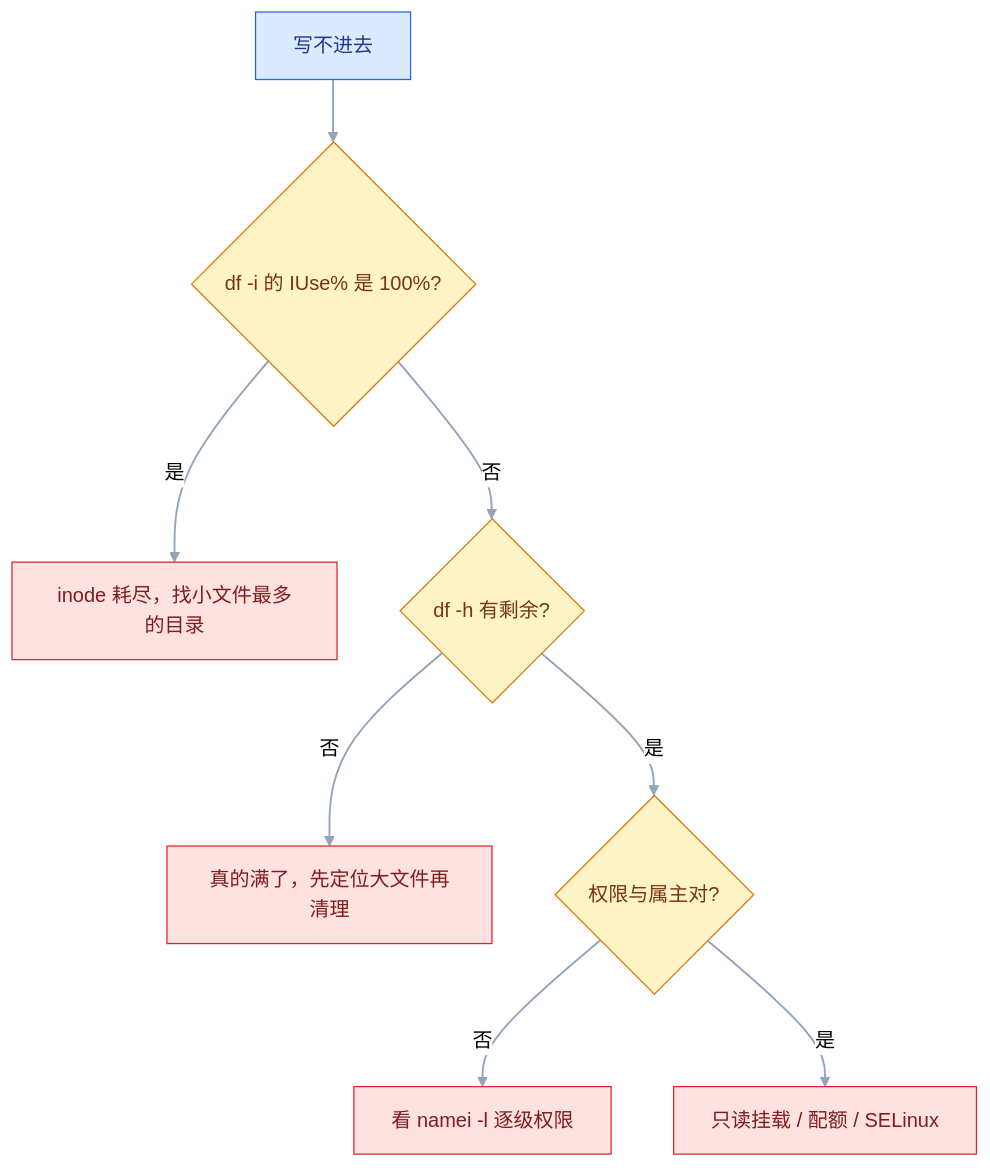
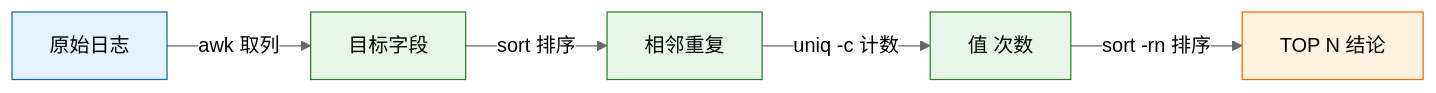
One commit to jimbosuper/studynotes changed the second of 3 diagrams in blog/src/notes/07-运维/01-Linux系统/02-Linux核心命令.md. Above: the diagram before and after it, drawn with Mermaid (neutral theme). The commit also changed other lines of this file and 367 other files, not shown here.

````diff
--- a/blog/src/notes/07-运维/01-Linux系统/02-Linux核心命令.md
+++ b/blog/src/notes/07-运维/01-Linux系统/02-Linux核心命令.md
@@ -891,15 +592,13 @@
 ```mermaid
-flowchart TD
-    classDef a fill:#DBEAFE,stroke:#2563EB,color:#1E3A8A
-    classDef d fill:#FEF3C7,stroke:#D97706,color:#78350F
-    classDef c fill:#FEE2E2,stroke:#DC2626,color:#7F1D1D
-
-    S["写不进去"]:::a --> Q1{"df -i 的 IUse% 是 100%?"}:::d
-    Q1 -->|"是"| F1["inode 耗尽，找小文件最多的目录"]:::c
-    Q1 -->|"否"| Q2{"df -h 有剩余?"}:::d
-    Q2 -->|"否"| F2["真的满了，先定位大文件再清理"]:::c
-    Q2 -->|"是"| Q3{"权限与属主对?"}:::d
-    Q3 -->|"否"| F3["看 namei -l 逐级权限"]:::c
-    Q3 -->|"是"| F4["只读挂载 / 配额 / SELinux"]:::c
-    linkStyle default stroke:#94A3B8,stroke-width:1.5px
+flowchart LR
+    A["原始日志"] -->|"awk 取列"| B["目标字段"]
+    B -->|"sort 排序"| C["相邻重复"]
+    C -->|"uniq -c 计数"| D["值 次数"]
+    D -->|"sort -rn 排序"| E["TOP N 结论"]
+    classDef client fill:#e3f2fd,stroke:#1565c0;
+    classDef engine fill:#e8f5e9,stroke:#2e7d32;
+    classDef image fill:#fff3e0,stroke:#ef6c00;
+    class A client
+    class B,C,D engine
+    class E image
 ```
````
